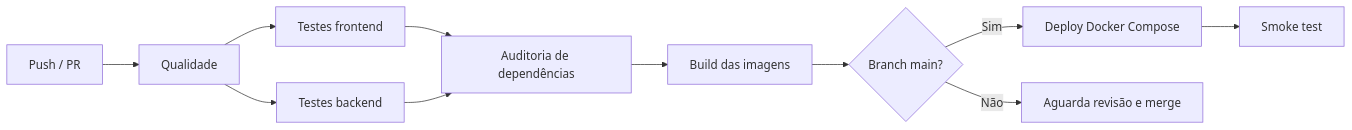
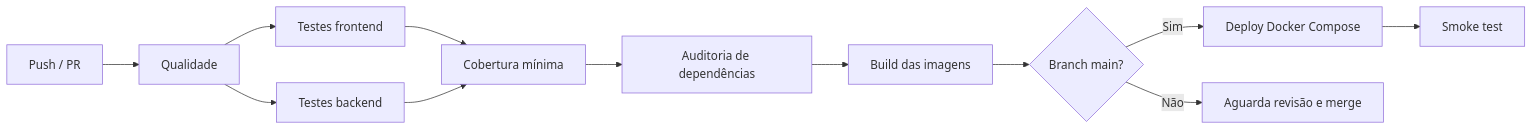
Before and after one commit to C14-Inatel-2026-2/Sistema-de-Gestao-Despesas: the third of 3 diagrams in README.md, drawn with Mermaid. The commit also changed other lines of this file and 1 other file, not shown here.

Commit message:
docs: documenta job cobertura-minima

````diff
--- a/README.md
+++ b/README.md
@@ -243,13 +244,14 @@
 ```mermaid
 flowchart LR
     A[Push / PR] --> B[Qualidade]
     B --> C[Testes frontend]
     B --> D[Testes backend]
-    C --> X[Auditoria de dependências]
-    D --> X
+    C --> M[Cobertura mínima]
+    D --> M
+    M --> X[Auditoria de dependências]
     X --> E[Build das imagens]
     E --> F{Branch main?}
     F -->|Sim| G[Deploy Docker Compose]
     F -->|Não| H[Aguarda revisão e merge]
     G --> I[Smoke test]
 ```
````
